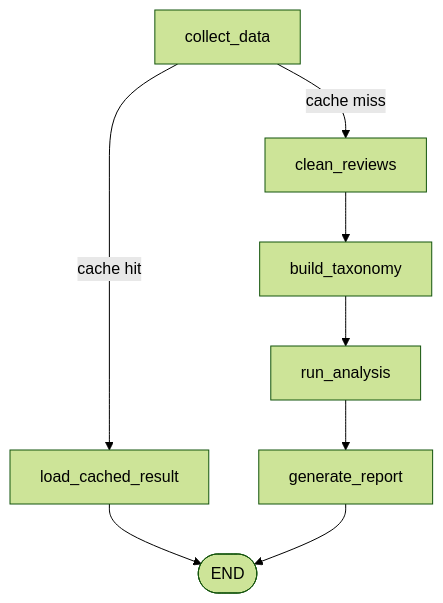
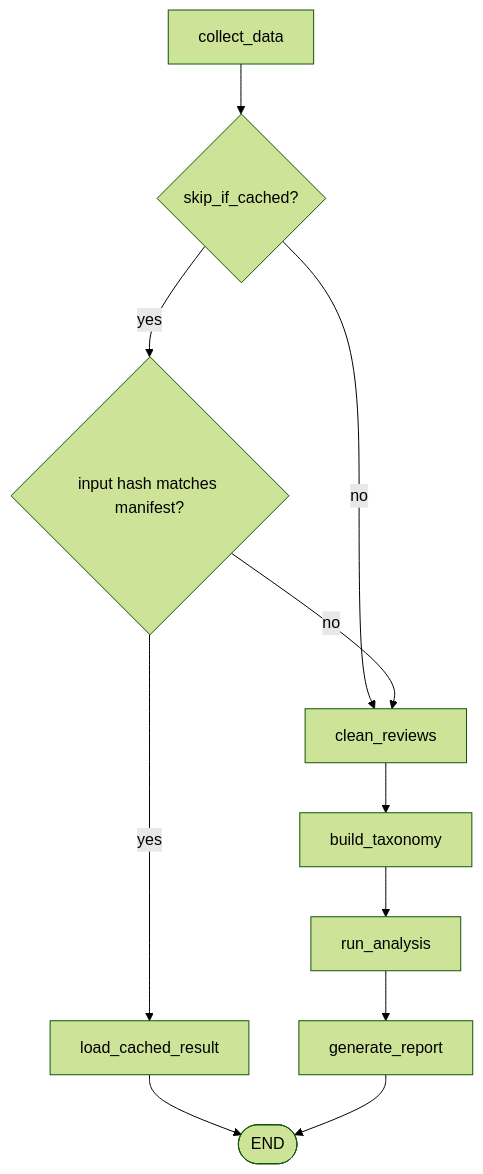
Before and after one commit to dianakang/voc-intelligence-platform: the first of 4 diagrams in README.md, drawn with Mermaid (forest theme). The commit also changed other lines of this file, not shown here.

First line of the commit message:
Add specific flow diagrams: cache routing, data fallback, agent deps, LLM fallback

````diff
--- a/README.md
+++ b/README.md
@@ -15,10 +15,13 @@
 ```mermaid
 flowchart TD
-    A[collect_data] -->|cache hit| B[load_cached_result]
-    A -->|cache miss| C[clean_reviews]
+    A[collect_data] --> R{skip_if_cached?}
+    R -->|no| C[clean_reviews]
+    R -->|yes| H{input hash matches manifest?}
+    H -->|yes| B[load_cached_result]
+    H -->|no| C
     C --> D[build_taxonomy]
     D --> E[run_analysis]
     E --> F[generate_report]
     B --> G([END])
     F --> G
 ```
````
